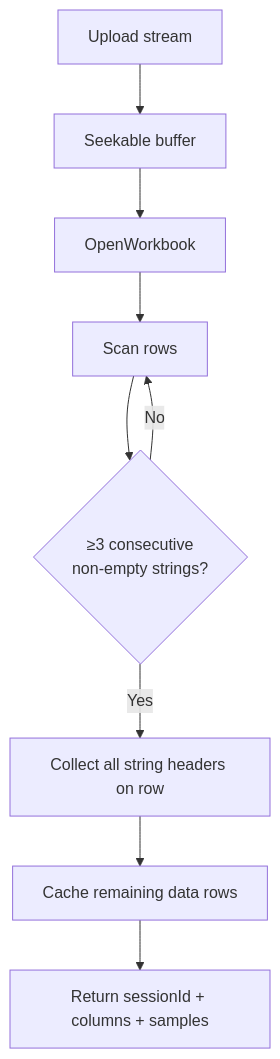
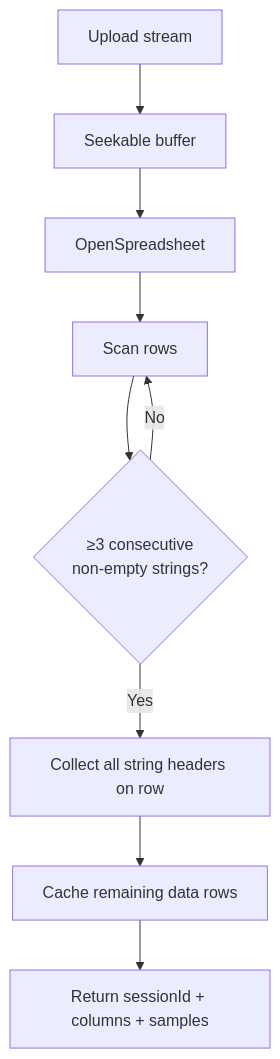
One commit to NotThaDev/KeepItSimple changed the first of 3 diagrams in backend/KeepItSimple.Api/TransactionImportUtil.md. Above: the diagram before and after it, drawn with Mermaid. The commit also changed other lines of this file and 11 other files, not shown here.

````diff
--- a/backend/KeepItSimple.Api/TransactionImportUtil.md
+++ b/backend/KeepItSimple.Api/TransactionImportUtil.md
@@ -58,11 +58,11 @@
 ```mermaid
 flowchart TD
   A[Upload stream] --> B[Seekable buffer]
-  B --> E[OpenWorkbook]
+  B --> E[OpenSpreadsheet]
   E --> F[Scan rows]
   F --> G{≥3 consecutive<br/>non-empty strings?}
   G -- No --> F
   G -- Yes --> H[Collect all string headers on row]
   H --> I[Cache remaining data rows]
   I --> J[Return sessionId + columns + samples]
 ```
````
